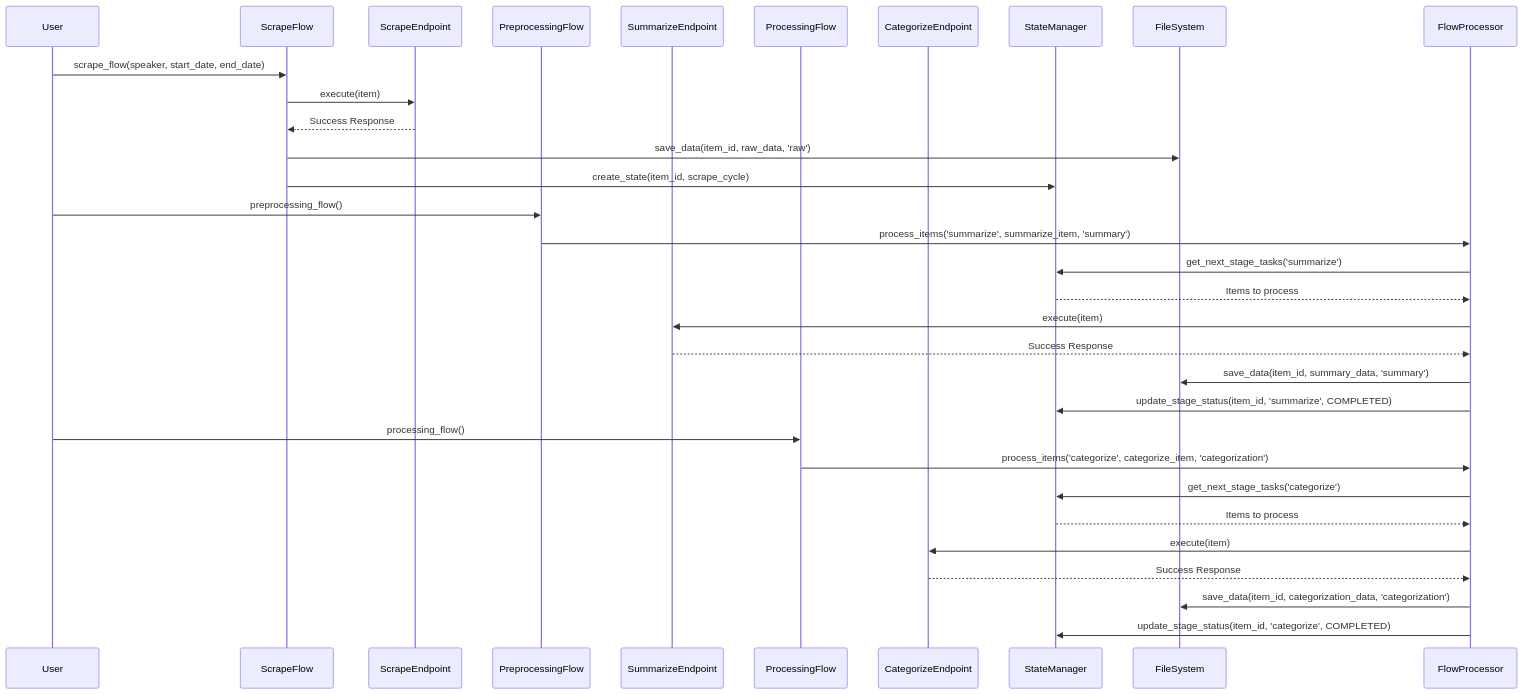
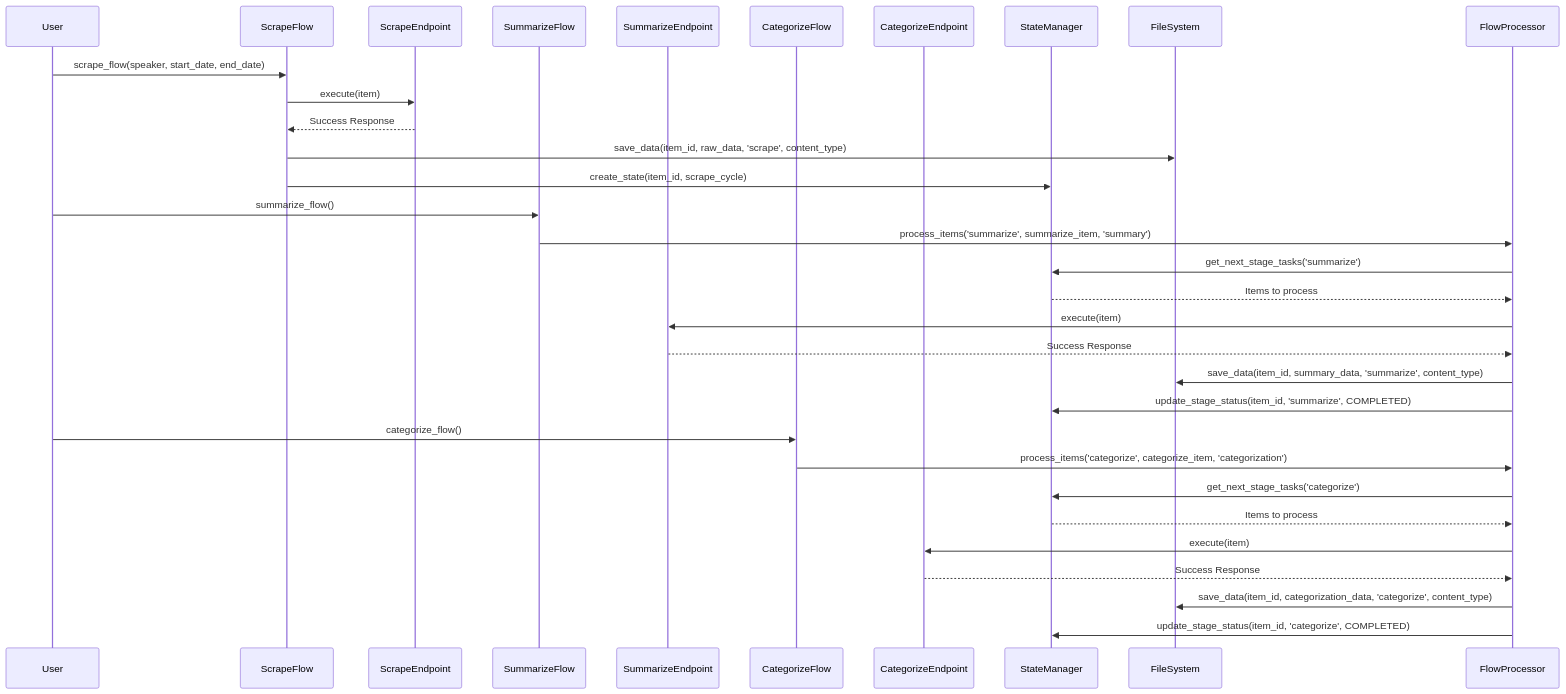
Before and after one commit to dmitriyratu/DiscourseKG: the seventh of 7 diagrams in documentation/architecture.md, drawn with Mermaid. The commit also changed other lines of this file and 28 other files, not shown here.

````diff
--- a/documentation/architecture.md
+++ b/documentation/architecture.md
@@ -315,36 +388,36 @@
 ```mermaid
 sequenceDiagram
     participant User
     participant ScrapeFlow
     participant ScrapeEndpoint
-    participant PreprocessingFlow
+    participant SummarizeFlow
     participant SummarizeEndpoint
-    participant ProcessingFlow
+    participant CategorizeFlow
     participant CategorizeEndpoint
     participant StateManager
     participant FileSystem
     
     User->>ScrapeFlow: scrape_flow(speaker, start_date, end_date)
     ScrapeFlow->>ScrapeEndpoint: execute(item)
     ScrapeEndpoint-->>ScrapeFlow: Success Response
-    ScrapeFlow->>FileSystem: save_data(item_id, raw_data, 'raw')
+    ScrapeFlow->>FileSystem: save_data(item_id, raw_data, 'scrape', content_type)
     ScrapeFlow->>StateManager: create_state(item_id, scrape_cycle)
     
-    User->>PreprocessingFlow: preprocessing_flow()
-    PreprocessingFlow->>FlowProcessor: process_items('summarize', summarize_item, 'summary')
+    User->>SummarizeFlow: summarize_flow()
+    SummarizeFlow->>FlowProcessor: process_items('summarize', summarize_item, 'summary')
     FlowProcessor->>StateManager: get_next_stage_tasks('summarize')
     StateManager-->>FlowProcessor: Items to process
     FlowProcessor->>SummarizeEndpoint: execute(item)
     SummarizeEndpoint-->>FlowProcessor: Success Response
-    FlowProcessor->>FileSystem: save_data(item_id, summary_data, 'summary')
+    FlowProcessor->>FileSystem: save_data(item_id, summary_data, 'summarize', content_type)
     FlowProcessor->>StateManager: update_stage_status(item_id, 'summarize', COMPLETED)
     
-    User->>ProcessingFlow: processing_flow()
-    ProcessingFlow->>FlowProcessor: process_items('categorize', categorize_item, 'categorization')
+    User->>CategorizeFlow: categorize_flow()
+    CategorizeFlow->>FlowProcessor: process_items('categorize', categorize_item, 'categorization')
     FlowProcessor->>StateManager: get_next_stage_tasks('categorize')
     StateManager-->>FlowProcessor: Items to process
     FlowProcessor->>CategorizeEndpoint: execute(item)
     CategorizeEndpoint-->>FlowProcessor: Success Response
-    FlowProcessor->>FileSystem: save_data(item_id, categorization_data, 'categorization')
+    FlowProcessor->>FileSystem: save_data(item_id, categorization_data, 'categorize', content_type)
     FlowProcessor->>StateManager: update_stage_status(item_id, 'categorize', COMPLETED)
 ```
````
